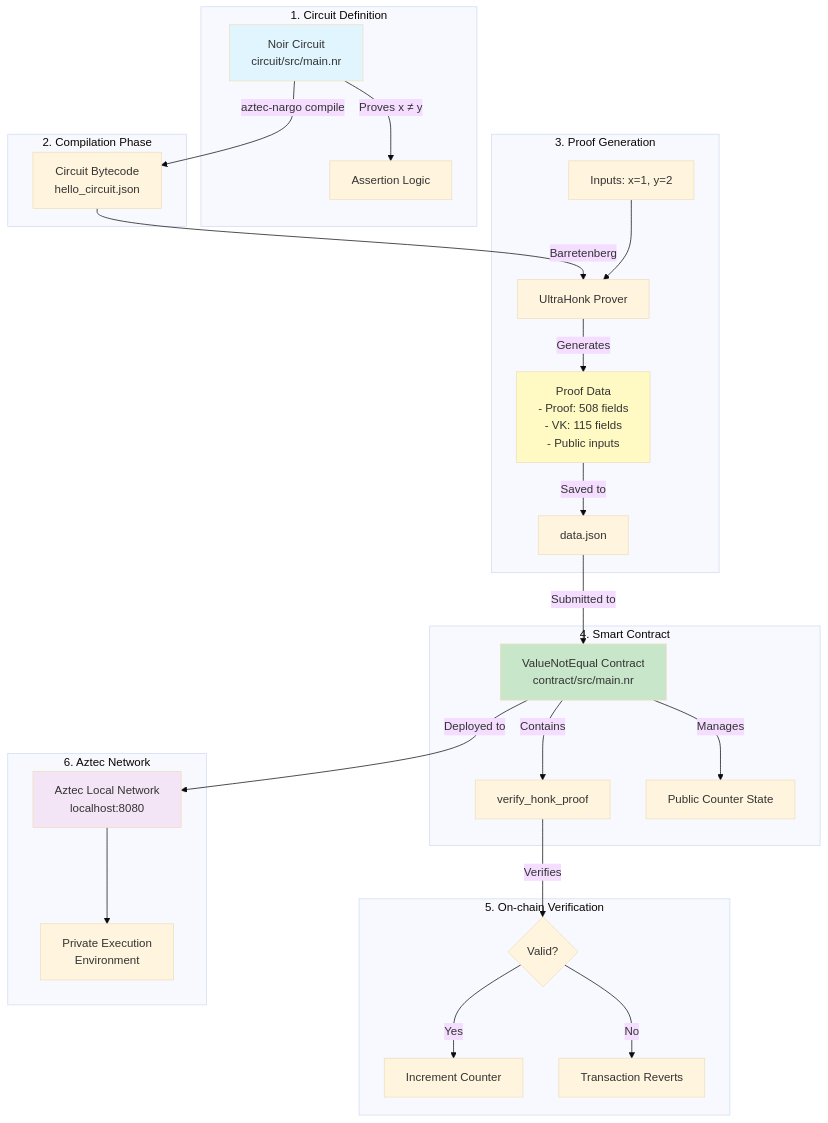
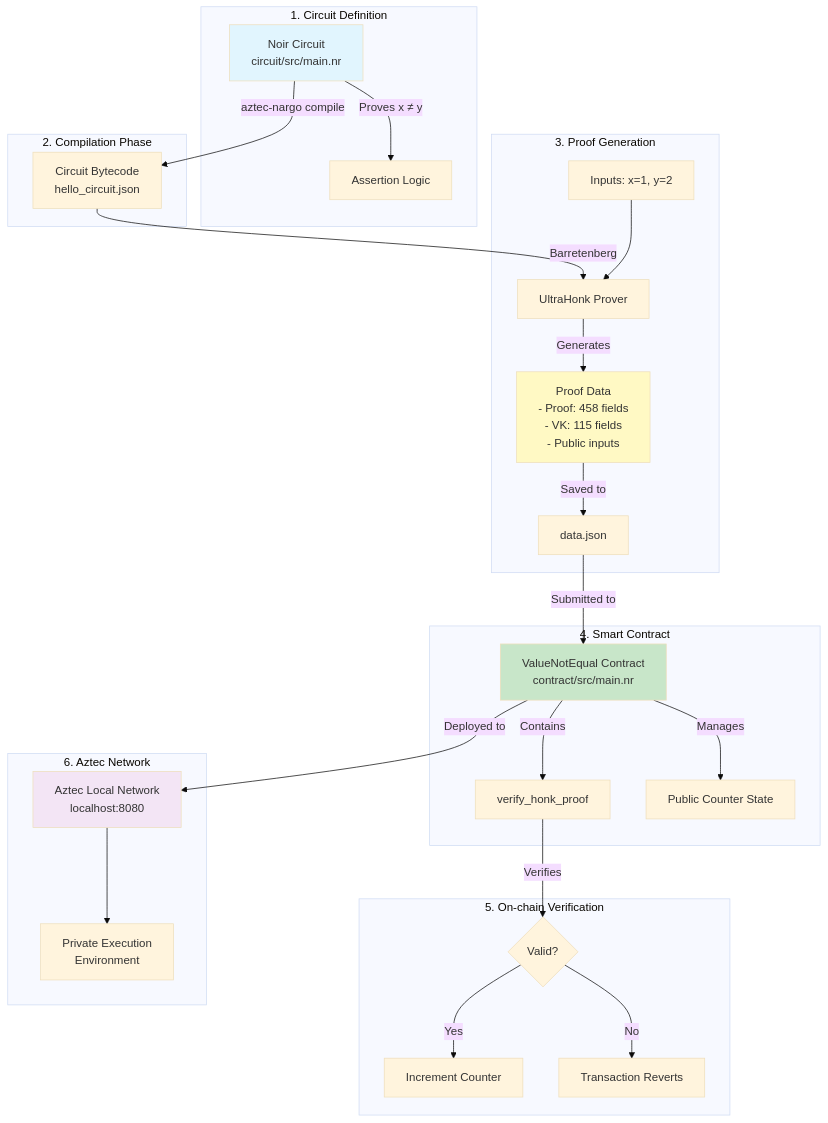
One commit to AztecProtocol/aztec-examples changed the first of 2 diagrams in recursive_verification/EXPLAINER.md. Above: the diagram before and after it, drawn with Mermaid (base theme). The commit also changed other lines of this file and 47 other files, not shown here.

````diff
--- a/recursive_verification/EXPLAINER.md
+++ b/recursive_verification/EXPLAINER.md
@@ -20,44 +20,44 @@
 ```mermaid
 
 flowchart TB
     subgraph "1. Circuit Definition"
         NC[Noir Circuit<br/>circuit/src/main.nr]
         NC -->|Proves x ≠ y| PROOF_LOGIC[Assertion Logic]
     end
 
     subgraph "2. Compilation Phase"
         NC -->|aztec-nargo compile| BYTECODE[Circuit Bytecode<br/>hello_circuit.json]
     end
 
     subgraph "3. Proof Generation"
         BYTECODE -->|Barretenberg| PROVER[UltraHonk Prover]
         INPUTS[Inputs: x=1, y=2] --> PROVER
-        PROVER -->|Generates| PROOF_DATA[Proof Data<br/>- Proof: 508 fields<br/>- VK: 115 fields<br/>- Public inputs]
+        PROVER -->|Generates| PROOF_DATA[Proof Data<br/>- Proof: 458 fields<br/>- VK: 115 fields<br/>- Public inputs]
         PROOF_DATA -->|Saved to| JSON[data.json]
     end
 
     subgraph "4. Smart Contract"
         CONTRACT[ValueNotEqual Contract<br/>contract/src/main.nr]
         CONTRACT -->|Contains| VERIFY[verify_honk_proof]
         CONTRACT -->|Manages| STATE[Public Counter State]
     end
 
     subgraph "5. On-chain Verification"
         JSON -->|Submitted to| CONTRACT
         VERIFY -->|Verifies| RESULT{Valid?}
         RESULT -->|Yes| INCREMENT[Increment Counter]
         RESULT -->|No| FAIL[Transaction Reverts]
     end
 
     subgraph "6. Aztec Network"
         LOCAL_NETWORK[Aztec Local Network<br/>localhost:8080]
         PXE[Private Execution<br/>Environment]
         LOCAL_NETWORK --> PXE
         CONTRACT -->|Deployed to| LOCAL_NETWORK
     end
 
     style NC fill:#e1f5fe
     style CONTRACT fill:#c8e6c9
     style PROOF_DATA fill:#fff9c4
     style LOCAL_NETWORK fill:#f3e5f5
 ```
````
